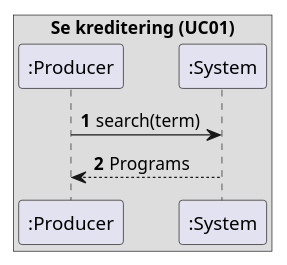
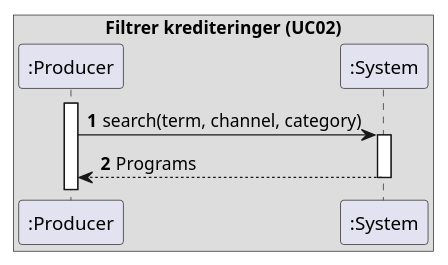
The diagram in uml/sequence_diagrams/system/UC02_filter_credts.puml (amatzen/SE02-SE-G02-SPRO), drawn with PlantUML before and after one commit. The commit also changed 10 other files, not shown here.

```diff
--- a/uml/sequence_diagrams/system/UC02_filter_credts.puml
+++ b/uml/sequence_diagrams/system/UC02_filter_credts.puml
@@ -1,14 +1,18 @@
 @startuml
 'https://plantuml.com/sequence-diagram
 
 autonumber
 
-box Se kreditering (UC01)
+box Filtrer krediteringer (UC02)
     participant ":Producer" as producer
     participant ":System" as system
 end box
 
-producer -> system : search(term)
+activate producer
+
+producer -> system : search(term, channel, category)
+activate system
 producer <-- system : Programs
+deactivate system
 
 @enduml
```
